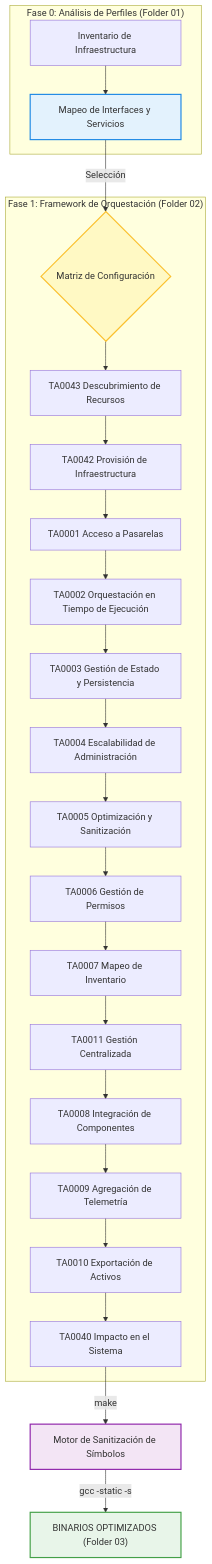
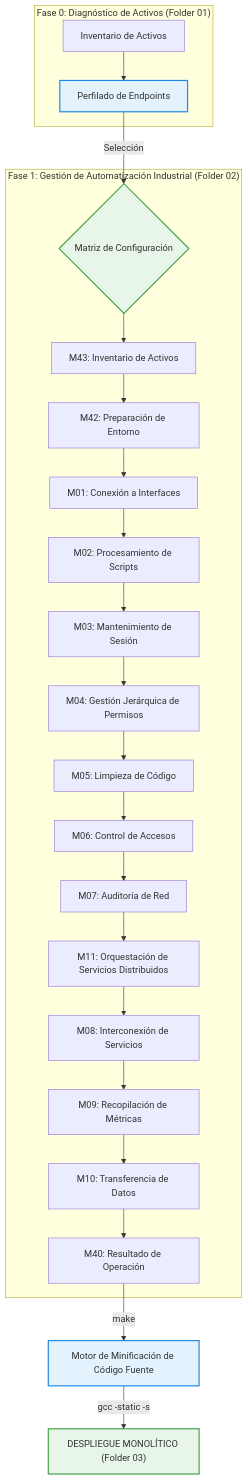
One commit to j3susangar1ca/infraestructura changed the diagram in README.md. Above: the diagram before and after it, drawn with Mermaid. The commit also changed other lines of this file, not shown here.

````diff
--- a/README.md
+++ b/README.md
@@ -26,33 +26,33 @@
 ```mermaid
 graph TD
-    subgraph "Fase 0: Análisis de Perfiles (Folder 01)"
-        A1[Inventario de Infraestructura] --> A2["Mapeo de Interfaces y Servicios"]
+    subgraph "Fase 0: Diagnóstico de Activos (Folder 01)"
+        A1[Inventario de Activos] --> A2["Perfilado de Endpoints"]
     end
 
     A2 -->|Selección| B{"Matriz de Configuración"}
 
-    subgraph "Fase 1: Framework de Orquestación (Folder 02)"
-        B --> TA43["TA0043 Descubrimiento de Recursos"]
-        TA43 --> TA42["TA0042 Provisión de Infraestructura"]
-        TA42 --> TA01["TA0001 Acceso a Pasarelas"]
-        TA01 --> TA02["TA0002 Orquestación en Tiempo de Ejecución"]
-        TA02 --> TA03["TA0003 Gestión de Estado y Persistencia"]
-        TA03 --> TA04["TA0004 Escalabilidad de Administración"]
-        TA04 --> TA05["TA0005 Optimización y Sanitización"]
-        TA05 --> TA06["TA0006 Gestión de Permisos"]
-        TA06 --> TA07["TA0007 Mapeo de Inventario"]
-        TA07 --> TA11["TA0011 Gestión Centralizada"]
-        TA11 --> TA08["TA0008 Integración de Componentes"]
-        TA08 --> TA09["TA0009 Agregación de Telemetría"]
-        TA09 --> TA10["TA0010 Exportación de Activos"]
-        TA10 --> TA40["TA0040 Impacto en el Sistema"]
+    subgraph "Fase 1: Gestión de Automatización Industrial (Folder 02)"
+        B --> M43["M43: Inventario de Activos"]
+        M43 --> M42["M42: Preparación de Entorno"]
+        M42 --> M01["M01: Conexión a Interfaces"]
+        M01 --> M02["M02: Procesamiento de Scripts"]
+        M02 --> M03["M03: Mantenimiento de Sesión"]
+        M03 --> M04["M04: Gestión Jerárquica de Permisos"]
+        M04 --> M05["M05: Limpieza de Código"]
+        M05 --> M06["M06: Control de Accesos"]
+        M06 --> M07["M07: Auditoría de Red"]
+        M07 --> M11["M11: Orquestación de Servicios Distribuidos"]
+        M11 --> M08["M08: Interconexión de Servicios"]
+        M08 --> M09["M09: Recopilación de Métricas"]
+        M09 --> M10["M10: Transferencia de Datos"]
+        M10 --> M40["M40: Resultado de Operación"]
     end
 
-    TA40 -->|"make"| D["Motor de Sanitización de Símbolos"]
-    D -->|"gcc -static -s"| C["BINARIOS OPTIMIZADOS (Folder 03)"]
+    M40 -->|"make"| D["Motor de Minificación de Código Fuente"]
+    D -->|"gcc -static -s"| C["DESPLIEGUE MONOLÍTICO (Folder 03)"]
 
     style A2 fill:#e3f2fd,stroke:#1e88e5,stroke-width:2px
-    style B fill:#fff9c4,stroke:#fbc02d,stroke-width:2px
-    style D fill:#f3e5f5,stroke:#8e24aa,stroke-width:2px
+    style B fill:#e8f5e9,stroke:#43a047,stroke-width:2px
+    style D fill:#e3f2fd,stroke:#1e88e5,stroke-width:2px
     style C fill:#e8f5e9,stroke:#43a047,stroke-width:2px
 ```
````
